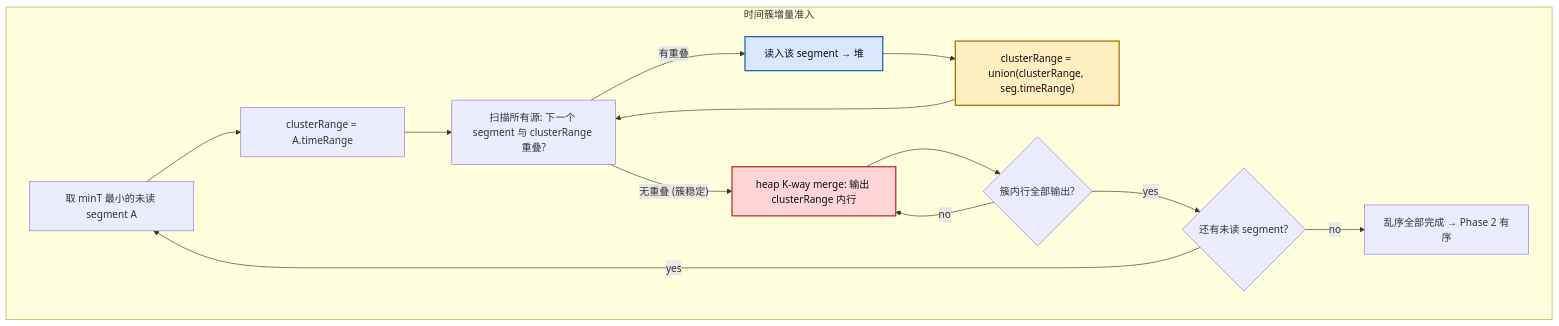
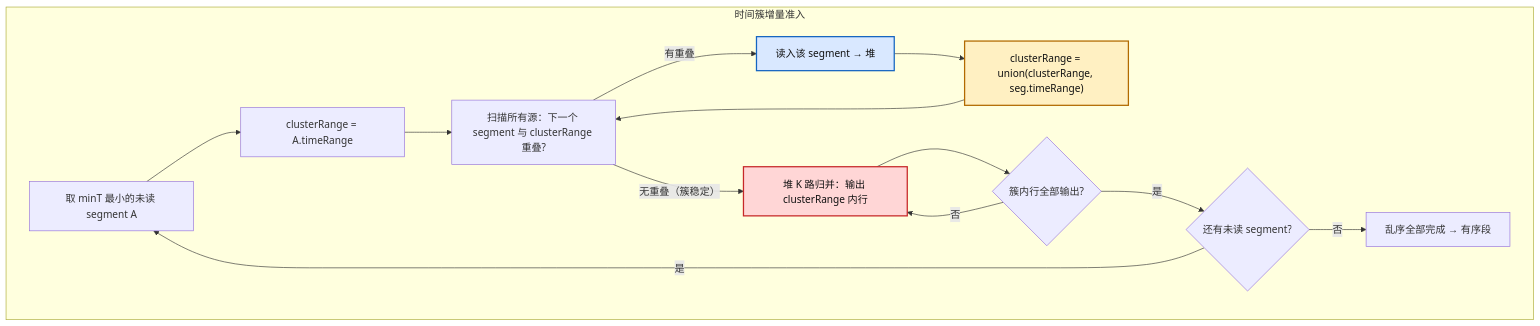
Before and after one commit to zhiwangdu/openGemini: the fifth of 5 diagrams in tsmMergeCursor_unordered_merge_proposal.md, drawn with Mermaid. The commit also changed other lines of this file and 3 other files, not shown here.

````diff
--- a/tsmMergeCursor_unordered_merge_proposal.md
+++ b/tsmMergeCursor_unordered_merge_proposal.md
@@ -621,23 +583,23 @@
 ```mermaid
 flowchart TD
     subgraph CLUSTER["时间簇增量准入"]
         A1["取 minT 最小的未读 segment A"] --> A2["clusterRange = A.timeRange"]
-        A2 --> A3["扫描所有源: 下一个 segment 与 clusterRange 重叠?"]
+        A2 --> A3["扫描所有源：下一个 segment 与 clusterRange 重叠?"]
         A3 -- "有重叠" --> A4["读入该 segment → 堆"]
         A4 --> A5["clusterRange = union(clusterRange, seg.timeRange)"]
         A5 --> A3
-        A3 -- "无重叠 (簇稳定)" --> A6["heap K-way merge: 输出 clusterRange 内行"]
+        A3 -- "无重叠（簇稳定）" --> A6["堆 K 路归并：输出 clusterRange 内行"]
         A6 --> A7{"簇内行全部输出?"}
-        A7 -- "no" --> A6
-        A7 -- "yes" --> A8{"还有未读 segment?"}
-        A8 -- "yes" --> A1
-        A8 -- "no" --> A9["乱序全部完成 → Phase 2 有序"]
+        A7 -- "否" --> A6
+        A7 -- "是" --> A8{"还有未读 segment?"}
+        A8 -- "是" --> A1
+        A8 -- "否" --> A9["乱序全部完成 → 有序段"]
     end
 
     A4:::io
     A6:::hot
     A5:::amp
     classDef hot fill:#ffd6d6,stroke:#c62828,stroke-width:2px,color:#111;
     classDef io fill:#d9e8ff,stroke:#1565c0,stroke-width:2px,color:#111;
     classDef amp fill:#fff0c2,stroke:#b26a00,stroke-width:2px,color:#111;
 ```
````
